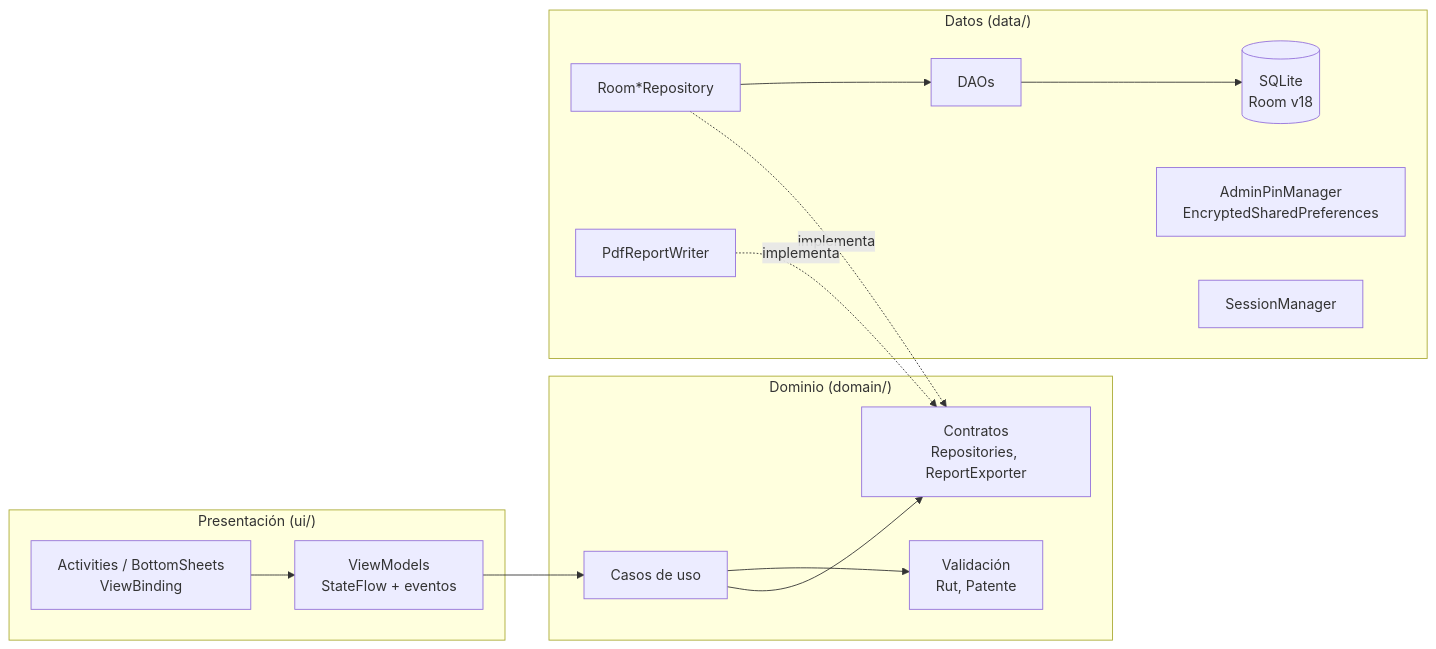
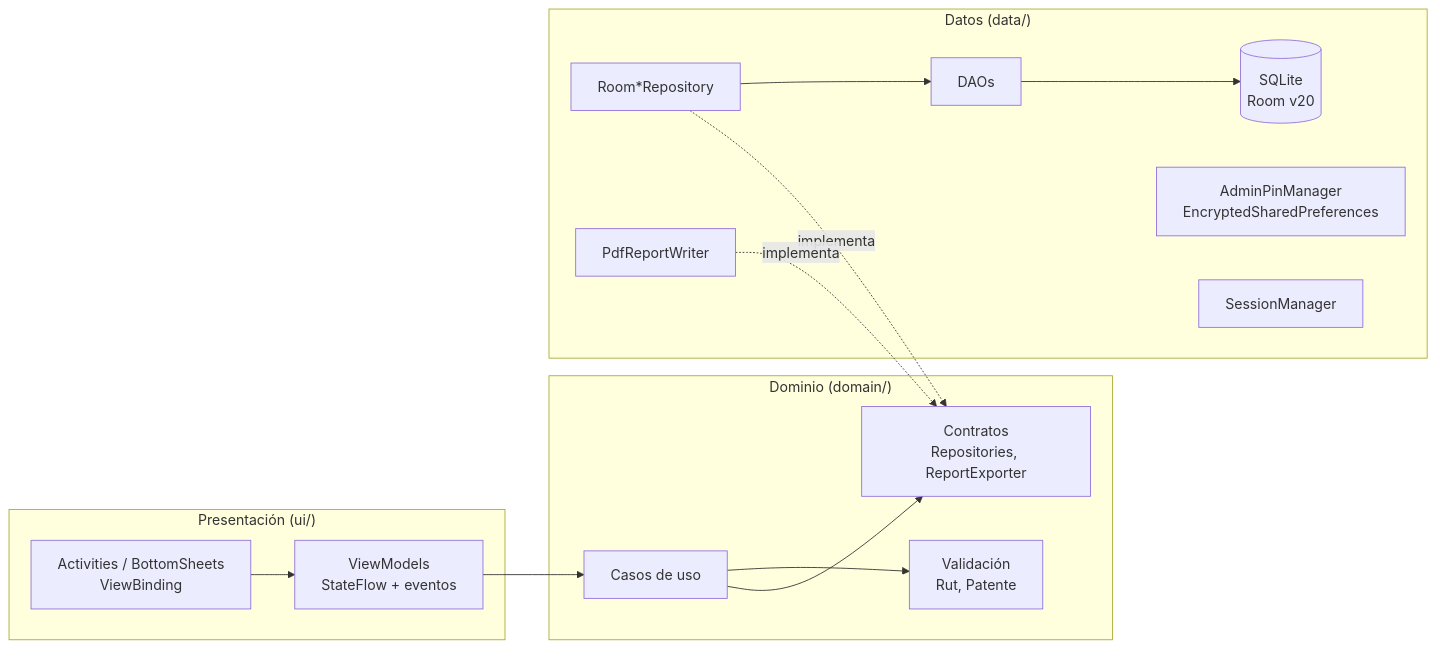
The first of 3 diagrams in README.md (dur1al/controlate-android), drawn with Mermaid before and after one commit. The commit also changed other lines of this file and 4 other files, not shown here.

````diff
--- a/README.md
+++ b/README.md
@@ -47,22 +48,22 @@
 ```mermaid
 flowchart LR
     subgraph UI["Presentación (ui/)"]
         A["Activities / BottomSheets<br/>ViewBinding"] --> VM["ViewModels<br/>StateFlow + eventos"]
     end
     subgraph Domain["Dominio (domain/)"]
         UC["Casos de uso"]
         V["Validación<br/>Rut, Patente"]
         R["Contratos<br/>Repositories, ReportExporter"]
     end
     subgraph Data["Datos (data/)"]
-        RR["Room*Repository"] --> DAO["DAOs"] --> DB[("SQLite<br/>Room v18")]
+        RR["Room*Repository"] --> DAO["DAOs"] --> DB[("SQLite<br/>Room v20")]
         PDF["PdfReportWriter"]
         SEC["AdminPinManager<br/>EncryptedSharedPreferences"]
         SES["SessionManager"]
     end
     VM --> UC
     UC --> V
     UC --> R
     RR -. implementa .-> R
     PDF -. implementa .-> R
 ```
````
